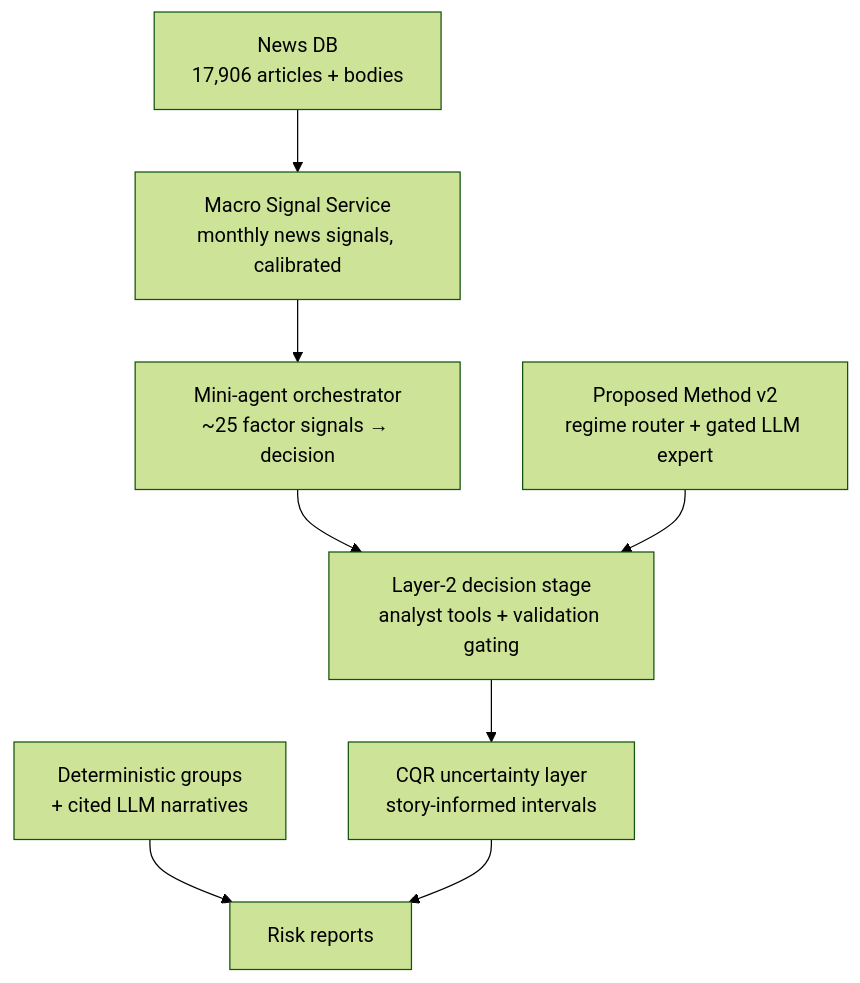
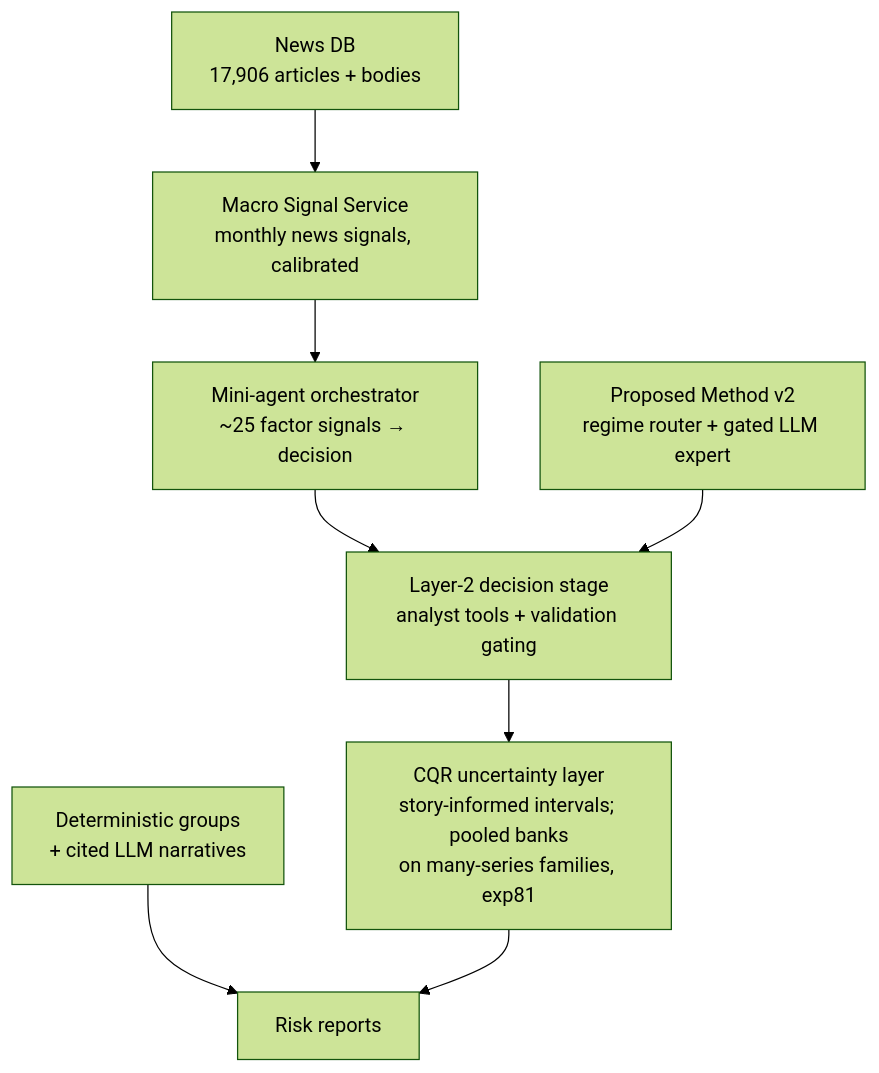
The diagram in td-one/docs/PHASE2_UPDATE.md (VDavoodnia/agentic-forecasting), drawn with Mermaid (forest theme) before and after one commit. The commit also changed other lines of this file and 7 other files, not shown here.

````diff
--- a/td-one/docs/PHASE2_UPDATE.md
+++ b/td-one/docs/PHASE2_UPDATE.md
@@ -12,10 +12,10 @@
 ```mermaid
 flowchart TD
     A[Macro Signal Service<br/>monthly news signals, calibrated] --> O[Mini-agent orchestrator<br/>~25 factor signals → decision]
     N[News DB<br/>17,906 articles + bodies] --> A
     O --> L2[Layer-2 decision stage<br/>analyst tools + validation gating]
     V2[Proposed Method v2<br/>regime router + gated LLM expert] --> L2
-    L2 --> UQ[CQR uncertainty layer<br/>story-informed intervals]
+    L2 --> UQ[CQR uncertainty layer<br/>story-informed intervals; pooled banks<br/>on many-series families, exp81]
     G[Deterministic groups<br/>+ cited LLM narratives] --> R[Risk reports]
     UQ --> R
 ```
````
